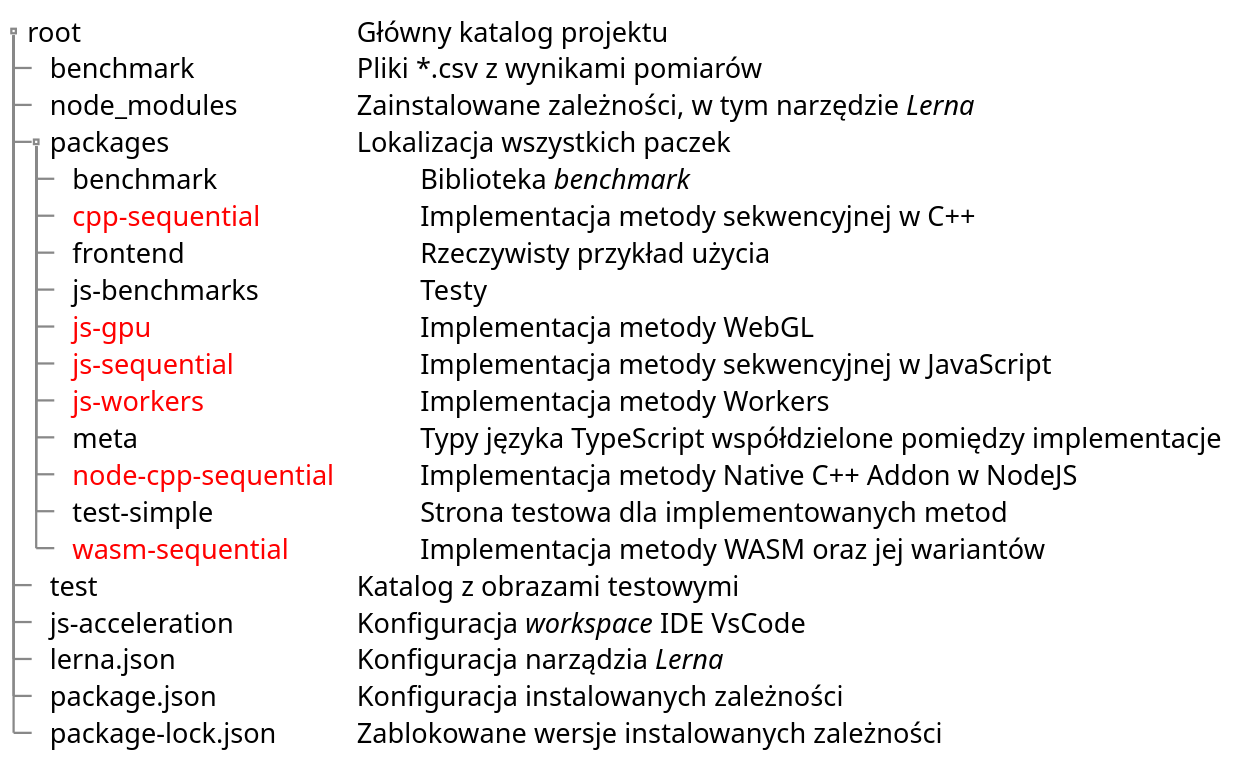
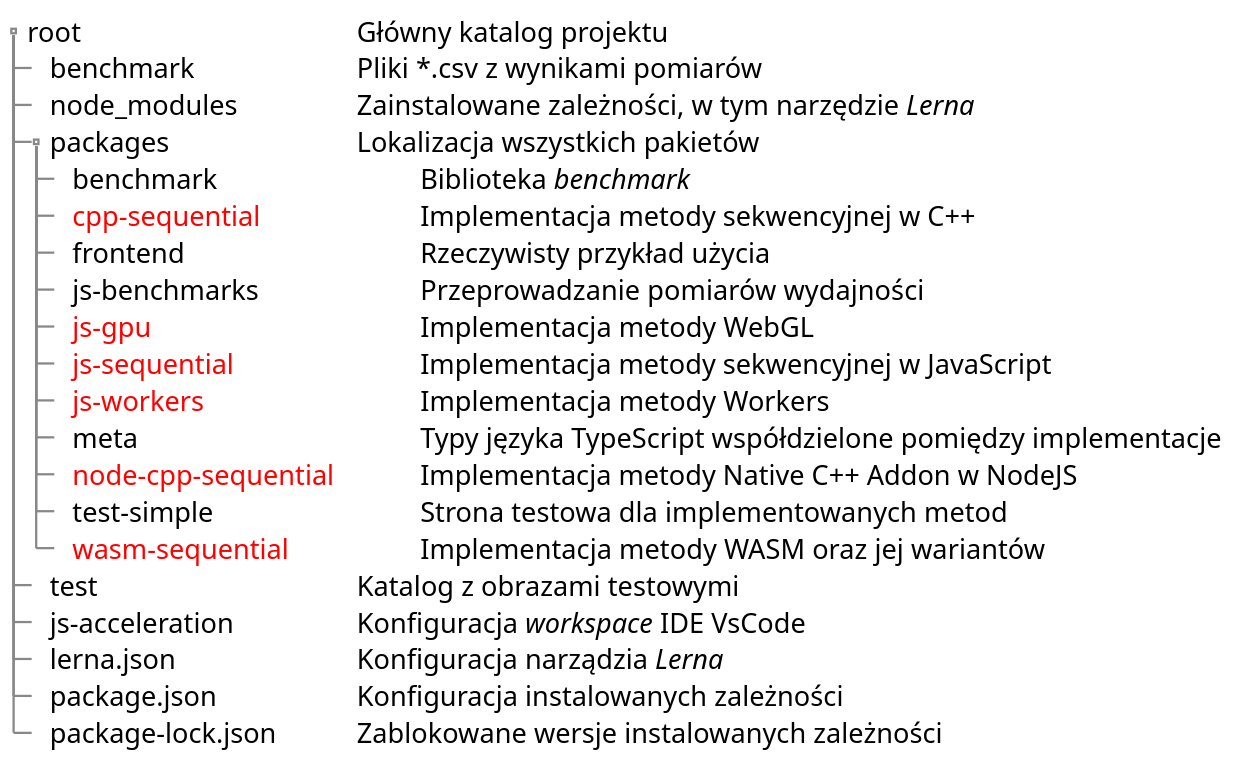
One commit to damiankoper/js-acceleration changed the diagram in docs/src/diagrams/src/files.puml. Above: the diagram before and after it, drawn with PlantUML. The commit also changed 14 other files, not shown here.

```diff
--- a/docs/src/diagrams/src/files.puml
+++ b/docs/src/diagrams/src/files.puml
@@ -1,28 +1,28 @@
 @startuml files
 scale 2
 salt
 {
 {T
 +      root             | Główny katalog projektu
 ++ benchmark            | Pliki *.csv z wynikami pomiarów
 ++ node_modules         | Zainstalowane zależności, w tym narzędzie <i>Lerna</i>
-++ packages             | Lokalizacja wszystkich paczek
+++ packages             | Lokalizacja wszystkich pakietów
 +++ benchmark           |\t Biblioteka <i>benchmark</i>
 +++ <color:red>cpp-sequential      |\t Implementacja metody sekwencyjnej w C++
 +++ frontend            |\t Rzeczywisty przykład użycia
-+++ js-benchmarks       |\t Testy
++++ js-benchmarks       |\t Przeprowadzanie pomiarów wydajności
 +++ <color:red>js-gpu              |\t Implementacja metody WebGL
 +++ <color:red>js-sequential       |\t Implementacja metody sekwencyjnej w JavaScript
 +++ <color:red>js-workers          |\t Implementacja metody Workers
 +++ meta                |\t Typy języka TypeScript współdzielone pomiędzy implementacje
 +++ <color:red>node-cpp-sequential |\t Implementacja metody Native C++ Addon w NodeJS
 +++ test-simple         |\t Strona testowa dla implementowanych metod
 +++ <color:red>wasm-sequential     |\t Implementacja metody WASM oraz jej wariantów
 ++ test                 | Katalog z obrazami testowymi
 ++ js-acceleration      | Konfiguracja <i>workspace</i> IDE VsCode
 ++ lerna.json           | Konfiguracja narządzia <i>Lerna</i>
 ++ package.json         | Konfiguracja instalowanych zależności 
 ++ package-lock.json    | Zablokowane wersje instalowanych zależności 
 }
 }
 @enduml
```
